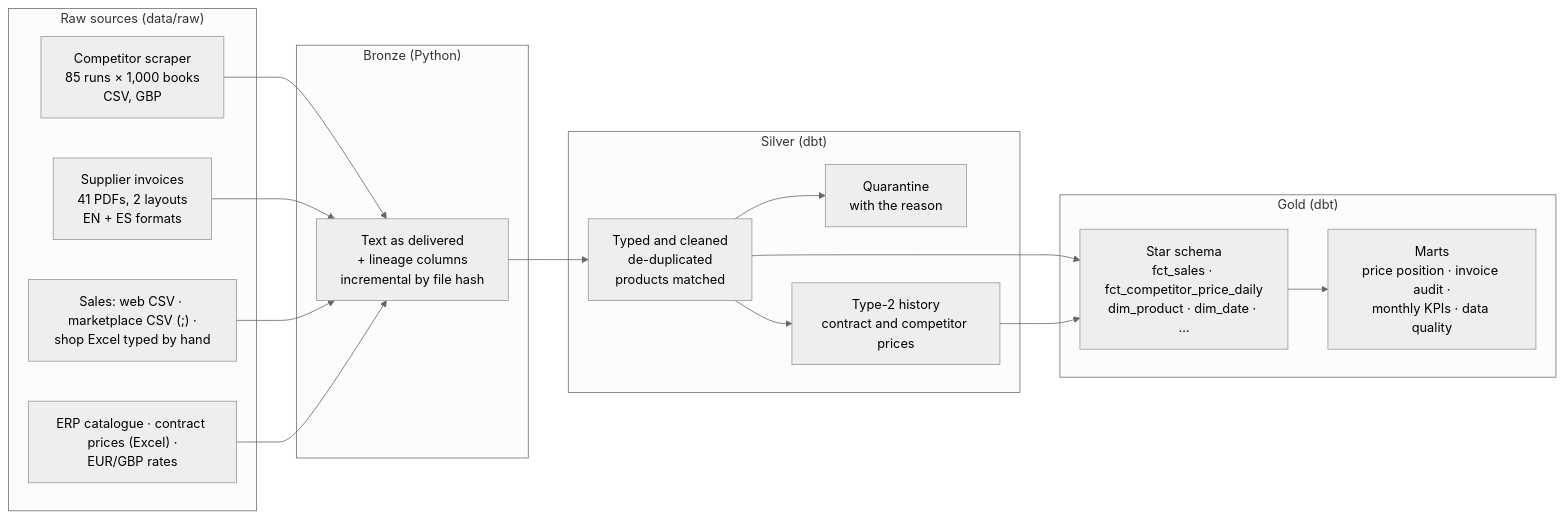
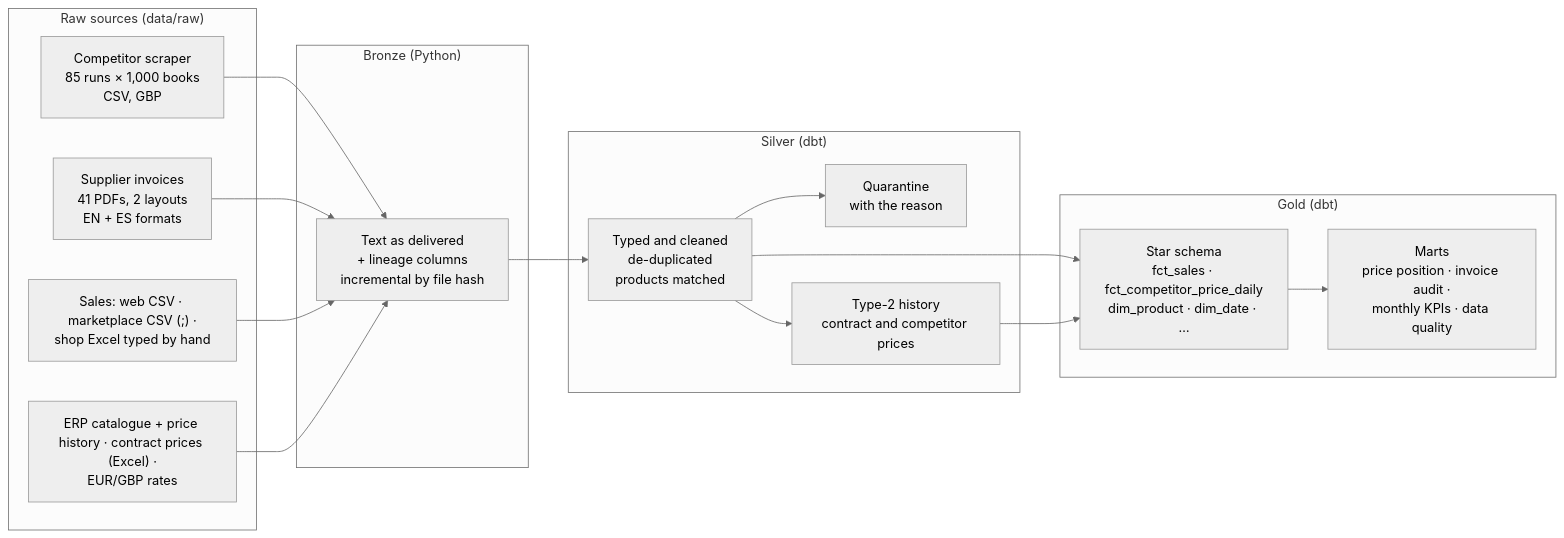
One commit to Mrguez5/retail-intelligence changed the diagram in README.md. Above: the diagram before and after it, drawn with Mermaid (neutral theme). The commit also changed other lines of this file and 13 other files, not shown here.

First line of the commit message:
Validate sale prices against the price valid on the sale date

````diff
--- a/README.md
+++ b/README.md
@@ -20,24 +20,24 @@
 ```mermaid
 flowchart LR
     subgraph Sources["Raw sources (data/raw)"]
         A1["Competitor scraper<br/>85 runs × 1,000 books<br/>CSV, GBP"]
         A2["Supplier invoices<br/>41 PDFs, 2 layouts<br/>EN + ES formats"]
         A3["Sales: web CSV · marketplace CSV (;) ·<br/>shop Excel typed by hand"]
-        A4["ERP catalogue · contract prices (Excel) ·<br/>EUR/GBP rates"]
+        A4["ERP catalogue + price history · contract prices (Excel) ·<br/>EUR/GBP rates"]
     end
     subgraph Bronze["Bronze (Python)"]
         B["Text as delivered<br/>+ lineage columns<br/>incremental by file hash"]
     end
     subgraph Silver["Silver (dbt)"]
         S1["Typed and cleaned<br/>de-duplicated<br/>products matched"]
         S2["Quarantine<br/>with the reason"]
         S3["Type-2 history<br/>contract and competitor prices"]
     end
     subgraph Gold["Gold (dbt)"]
         G1["Star schema<br/>fct_sales · fct_competitor_price_daily<br/>dim_product · dim_date · …"]
         G2["Marts<br/>price position · invoice audit ·<br/>monthly KPIs · data quality"]
     end
     A1 & A2 & A3 & A4 --> B --> S1 --> G1 --> G2
     S1 --> S2
     S1 --> S3 --> G1
 ```
````
